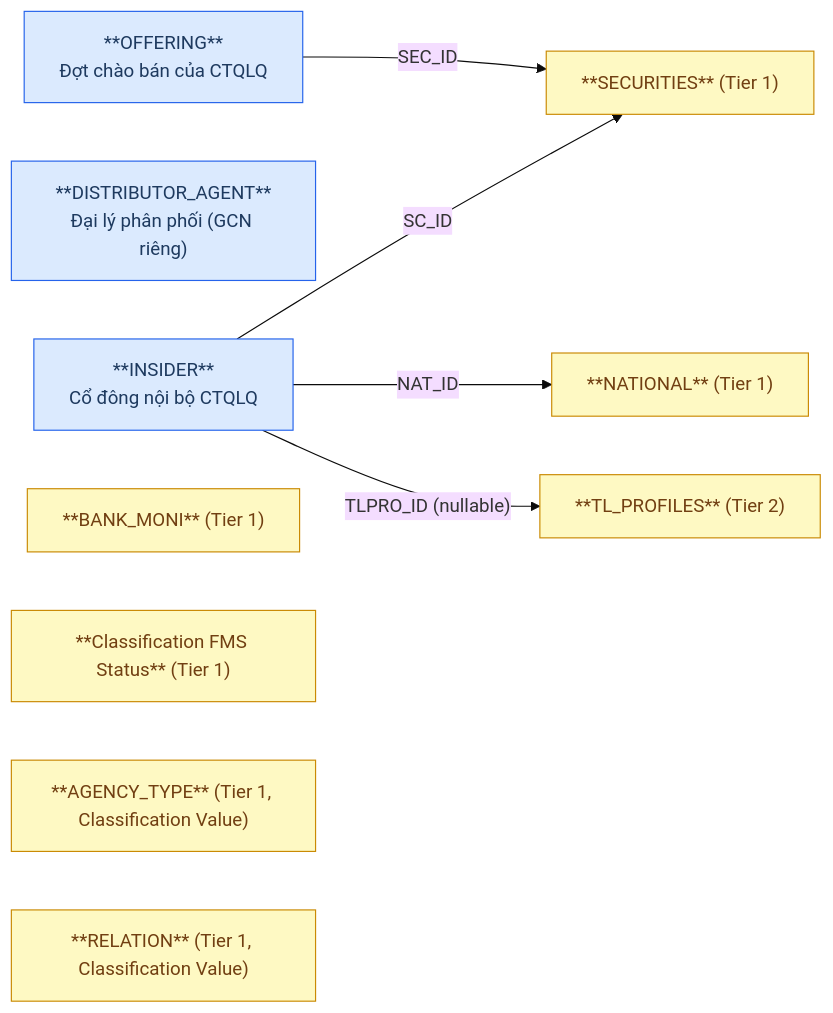
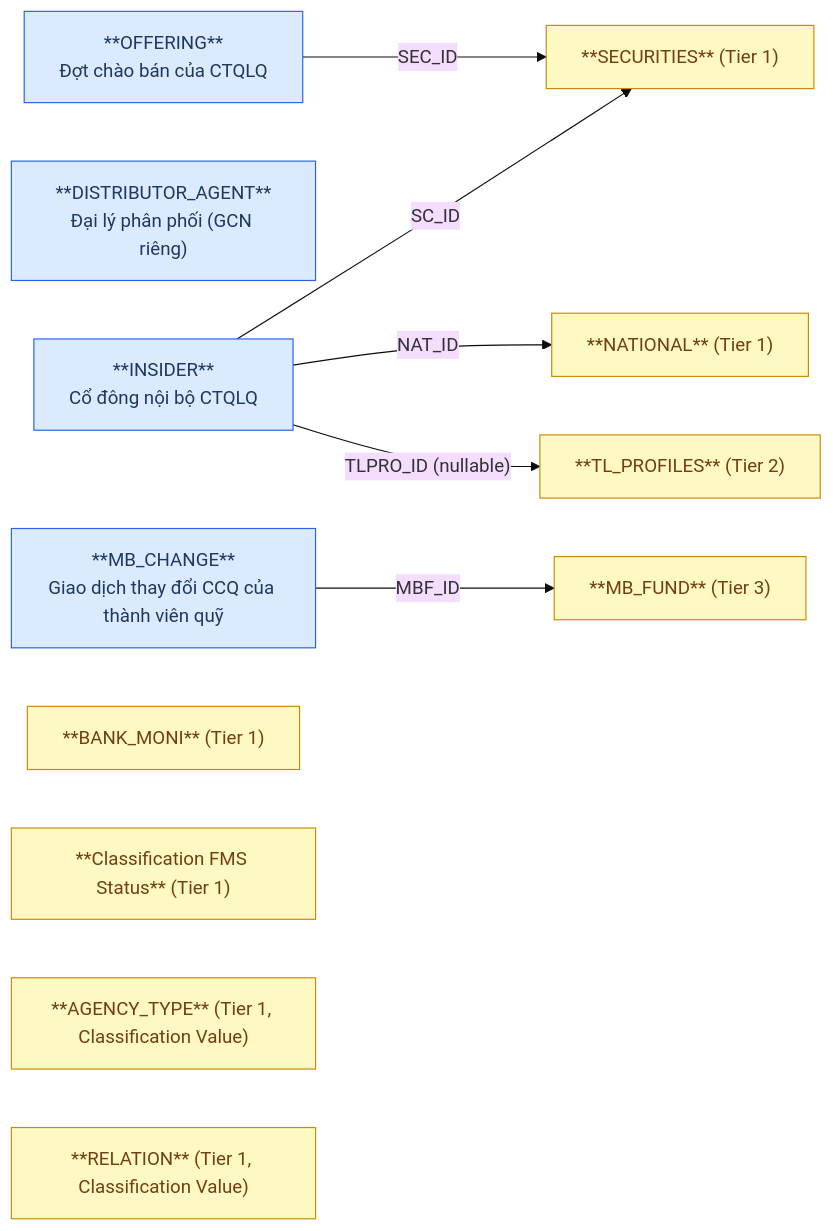
One commit to linhlvit/ubck_atomic_design changed the first of 2 diagrams in DataModel/working/Atomic/hld/FMS_HLD_Tier4.md. Above: the diagram before and after it, drawn with Mermaid (base theme). The commit also changed other lines of this file and 105 other files, not shown here.

````diff
--- a/DataModel/working/Atomic/hld/FMS_HLD_Tier4.md
+++ b/DataModel/working/Atomic/hld/FMS_HLD_Tier4.md
@@ -26,22 +29,25 @@
 ```mermaid
 graph LR
     classDef src fill:#dbeafe,stroke:#2563eb,color:#1e3a5f
     classDef outscope fill:#fef9c3,stroke:#ca8a04,color:#713f12
 
     INSIDER["**INSIDER**\nCổ đông nội bộ CTQLQ"]:::src
     DISTRIBUTOR_AGENT["**DISTRIBUTOR_AGENT**\nĐại lý phân phối (GCN riêng)"]:::src
     OFFERING["**OFFERING**\nĐợt chào bán của CTQLQ"]:::src
+    MB_CHANGE["**MB_CHANGE**\nGiao dịch thay đổi CCQ của thành viên quỹ"]:::src
+    MB_FUND["**MB_FUND** (Tier 3)"]:::outscope
 
     SECURITIES["**SECURITIES** (Tier 1)"]:::outscope
     BANK_MONI["**BANK_MONI** (Tier 1)"]:::outscope
     NATIONAL["**NATIONAL** (Tier 1)"]:::outscope
     STATUS["**Classification FMS Status** (Tier 1)"]:::outscope
     AGENCY_TYPE["**AGENCY_TYPE** (Tier 1, Classification Value)"]:::outscope
     RELATION["**RELATION** (Tier 1, Classification Value)"]:::outscope
     TL_PROFILES["**TL_PROFILES** (Tier 2)"]:::outscope
 
     INSIDER -->|"SC_ID"| SECURITIES
     OFFERING -->|"SEC_ID"| SECURITIES
     INSIDER -->|"NAT_ID"| NATIONAL
     INSIDER -->|"TLPRO_ID (nullable)"| TL_PROFILES
+    MB_CHANGE -->|"MBF_ID"| MB_FUND
 ```
````
